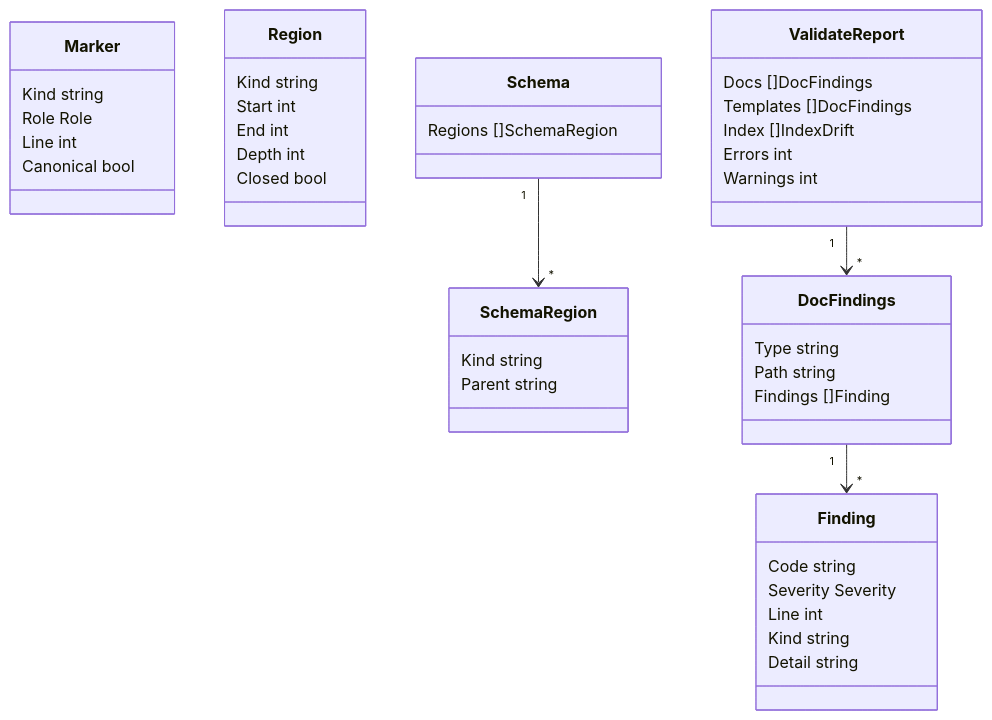
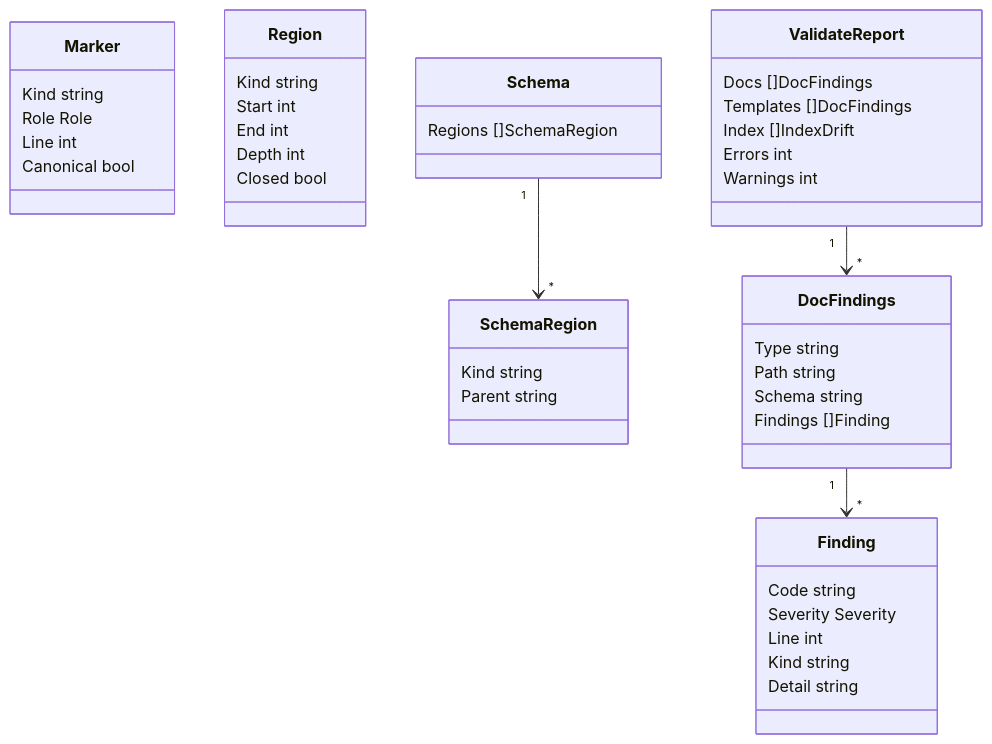
Before and after one commit to donaldgifford/docz: the sixth of 6 diagrams in docs/design/0015-structured-regions-and-docz-validate.md, drawn with Mermaid. The commit also changed other lines of this file and 3 other files, not shown here.

````diff
--- a/docs/design/0015-structured-regions-and-docz-validate.md
+++ b/docs/design/0015-structured-regions-and-docz-validate.md
@@ -626,45 +714,46 @@
 ```mermaid
 classDiagram
   class Marker {
     Kind string
     Role Role
     Line int
     Canonical bool
   }
   class Region {
     Kind string
     Start int
     End int
     Depth int
     Closed bool
   }
   class Schema {
     Regions []SchemaRegion
   }
   class SchemaRegion {
     Kind string
     Parent string
   }
   class Finding {
     Code string
     Severity Severity
     Line int
     Kind string
     Detail string
   }
   class ValidateReport {
     Docs []DocFindings
     Templates []DocFindings
     Index []IndexDrift
     Errors int
     Warnings int
   }
   class DocFindings {
     Type string
     Path string
+    Schema string
     Findings []Finding
   }
   Schema "1" --> "*" SchemaRegion
   ValidateReport "1" --> "*" DocFindings
   DocFindings "1" --> "*" Finding
 ```
````
